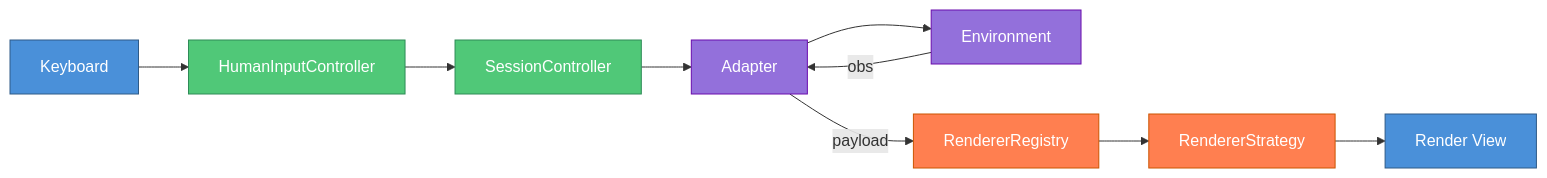
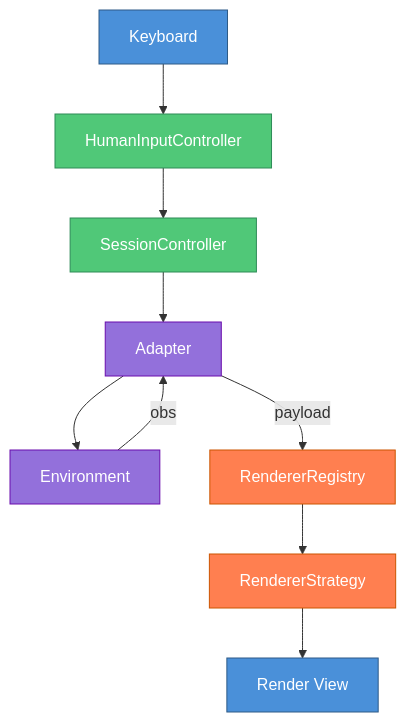
Before and after one commit to Abdulhamid97Mousa/mosaic: the diagram in docs/source/documents/human_control/index.rst, drawn with Mermaid. The commit also changed other lines of this file and 17 other files, not shown here.

```diff
--- a/docs/source/documents/human_control/index.rst
+++ b/docs/source/documents/human_control/index.rst
@@ -12,20 +12,20 @@
 .. mermaid::
 
-   graph LR
+   graph TB
        KB[Keyboard] --> HIC[HumanInputController]
        HIC --> SC[SessionController]
        SC --> ADAPT[Adapter]
        ADAPT --> ENV[Environment]
        ENV --> |obs| ADAPT
        ADAPT --> |payload| REG[RendererRegistry]
        REG --> STRAT[RendererStrategy]
        STRAT --> RV[Render View]
 
        style KB fill:#4a90d9,stroke:#2e5a87,color:#fff
        style RV fill:#4a90d9,stroke:#2e5a87,color:#fff
        style HIC fill:#50c878,stroke:#2e8b57,color:#fff
        style SC fill:#50c878,stroke:#2e8b57,color:#fff
        style REG fill:#ff7f50,stroke:#cc5500,color:#fff
        style STRAT fill:#ff7f50,stroke:#cc5500,color:#fff
        style ADAPT fill:#9370db,stroke:#6a0dad,color:#fff
        style ENV fill:#9370db,stroke:#6a0dad,color:#fff
```
